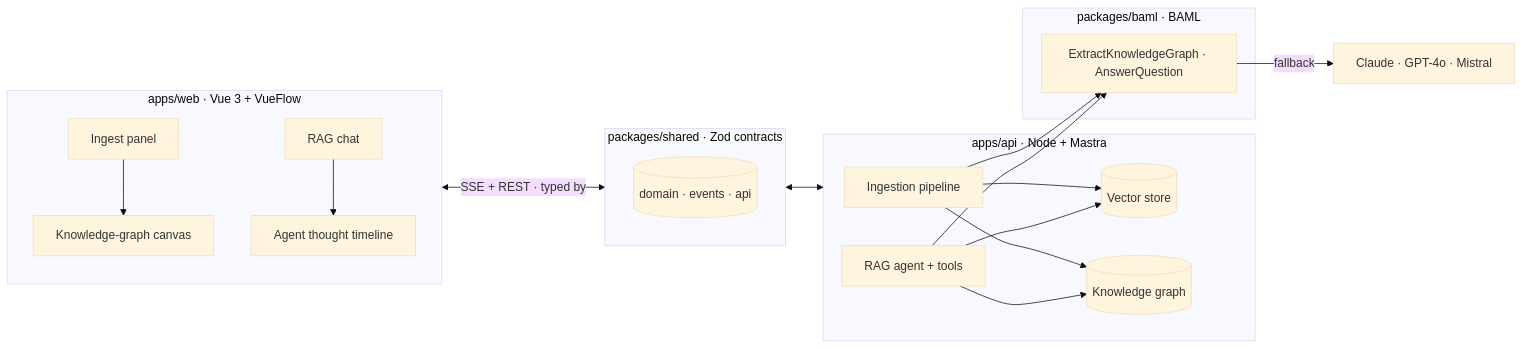
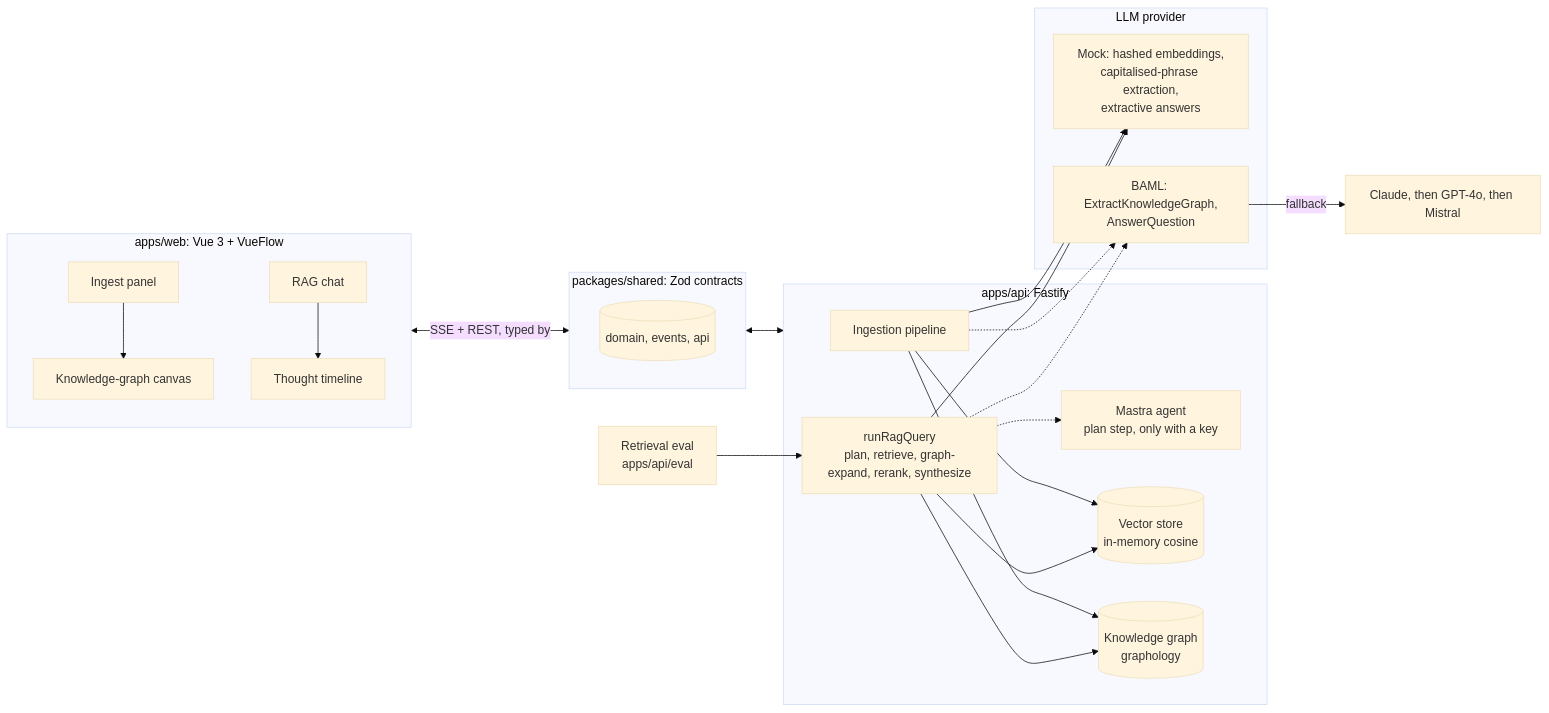
One commit to soneeee22000/Knowledge-Graph-RAG-Explorer changed the diagram in README.md. Above: the diagram before and after it, drawn with Mermaid (base theme). The commit also changed other lines of this file and 6 other files, not shown here.

````diff
--- a/README.md
+++ b/README.md
@@ -62,29 +37,38 @@
 ```mermaid
 flowchart LR
-  subgraph Web["apps/web · Vue 3 + VueFlow"]
-    UI[Ingest panel] --> Canvas[Knowledge-graph canvas]
-    Chat[RAG chat] --> Timeline[Agent thought timeline]
+  subgraph Web["apps/web: Vue 3 + VueFlow"]
+    UI["Ingest panel"] --> Canvas["Knowledge-graph canvas"]
+    Chat["RAG chat"] --> Timeline["Thought timeline"]
   end
 
-  subgraph Shared["packages/shared · Zod contracts"]
-    Contracts[(domain · events · api)]
+  subgraph Shared["packages/shared: Zod contracts"]
+    Contracts[("domain, events, api")]
   end
 
-  subgraph API["apps/api · Node + Mastra"]
-    Ingest[Ingestion pipeline]
-    Agent[RAG agent + tools]
-    VS[(Vector store)]
-    KG[(Knowledge graph)]
+  subgraph API["apps/api: Fastify"]
+    Ingest["Ingestion pipeline"]
+    Pipeline["runRagQuery<br/>plan, retrieve, graph-expand, rerank, synthesize"]
+    Agent["Mastra agent<br/>plan step, only with a key"]
+    VS[("Vector store<br/>in-memory cosine")]
+    KG[("Knowledge graph<br/>graphology")]
   end
 
-  subgraph LLM["packages/baml · BAML"]
-    Fns[ExtractKnowledgeGraph · AnswerQuestion]
+  subgraph LLM["LLM provider"]
+    Mock["Mock: hashed embeddings,<br/>capitalised-phrase extraction,<br/>extractive answers"]
+    Baml["BAML: ExtractKnowledgeGraph,<br/>AnswerQuestion"]
   end
 
-  Web <-->|SSE + REST · typed by| Shared
+  Eval["Retrieval eval<br/>apps/api/eval"] --> Pipeline
+  Web <-->|"SSE + REST, typed by"| Shared
   Shared <--> API
-  Ingest --> VS & KG
-  Agent --> VS & KG
-  Ingest & Agent --> Fns
-  Fns -->|fallback| Models[Claude · GPT-4o · Mistral]
+  Ingest --> VS
+  Ingest --> KG
+  Pipeline --> VS
+  Pipeline --> KG
+  Pipeline -.-> Agent
+  Ingest --> Mock
+  Pipeline --> Mock
+  Ingest -.-> Baml
+  Pipeline -.-> Baml
+  Baml -->|"fallback"| Models["Claude, then GPT-4o, then Mistral"]
 ```
````
